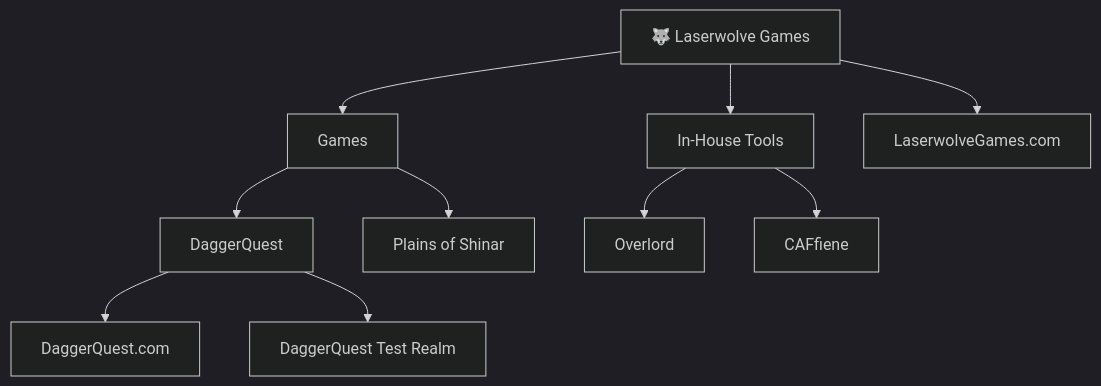
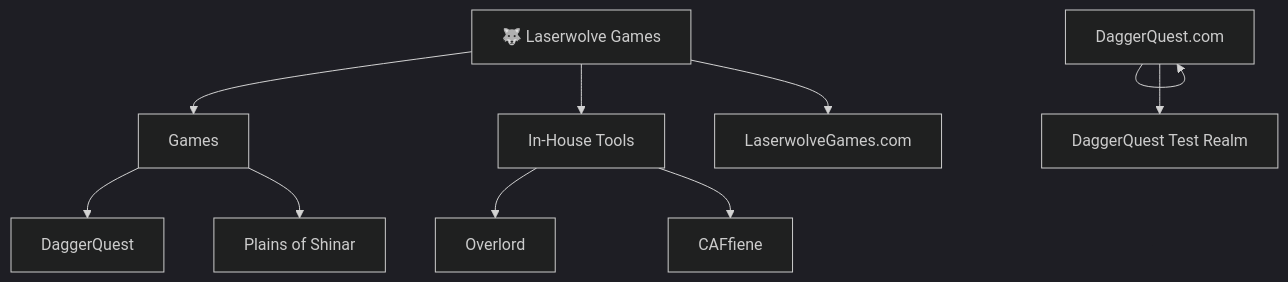
The diagram in profile/README.md (Laserwolve-Games/.github), drawn with Mermaid (dark theme) before and after one commit.

````diff
--- a/profile/README.md
+++ b/profile/README.md
@@ -59,12 +59,12 @@
 ```mermaid
 graph TD
     A[🐺 Laserwolve Games] --> B[Games]
     A --> C[In-House Tools]
-    B --> E[DaggerQuest]
-    E --> F[DaggerQuest.com]
-    E --> G[DaggerQuest Test Realm]
-    B --> H[Plains of Shinar]
-    C --> I[Overlord]
-    C --> J[CAFfiene]
-    A --> K[LaserwolveGames.com]
+    B --> D[DaggerQuest]
+    E --> E[DaggerQuest.com]
+    E --> F[DaggerQuest Test Realm]
+    B --> G[Plains of Shinar]
+    C --> H[Overlord]
+    C --> I[CAFfiene]
+    A --> J[LaserwolveGames.com]
 ```
````
